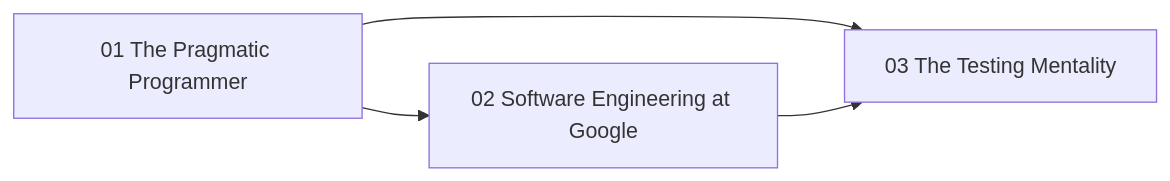
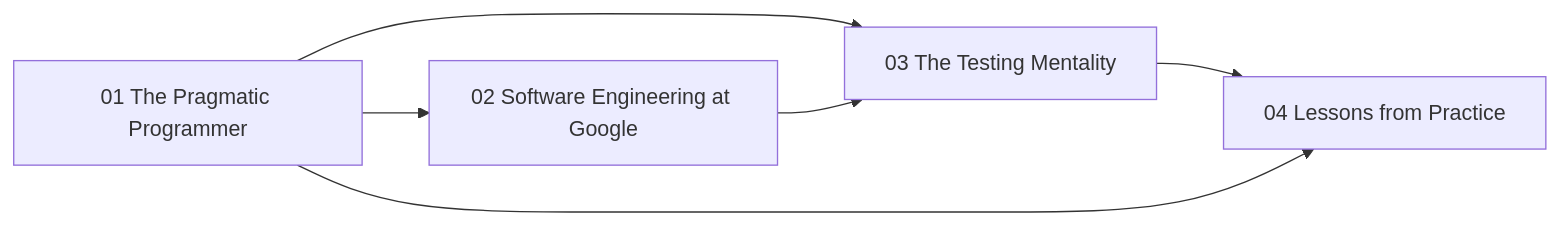
Before and after one commit to urmzd/supersource: the diagram in software-craftsmanship/README.md, drawn with Mermaid. The commit also changed other lines of this file and 3 other files, not shown here.

First line of the commit message:
docs(craftsmanship): add Lessons from Practice, consolidating the lessons archive

````diff
--- a/software-craftsmanship/README.md
+++ b/software-craftsmanship/README.md
@@ -30,6 +31,8 @@
 ```mermaid
 graph LR
     PP[01 The Pragmatic Programmer] --> SWE[02 Software Engineering at Google]
     PP --> TEST[03 The Testing Mentality]
     SWE --> TEST
+    TEST --> LP[04 Lessons from Practice]
+    PP --> LP
 ```
````
